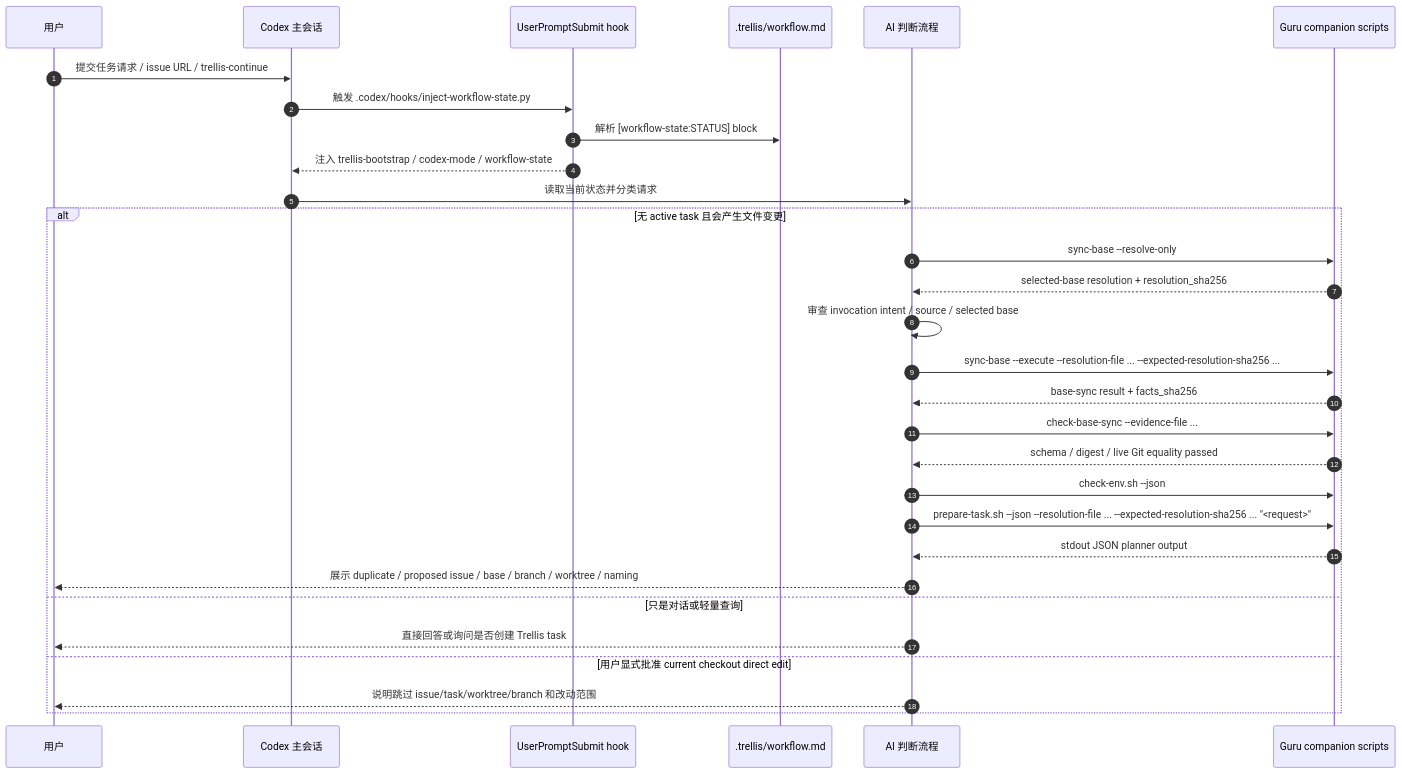
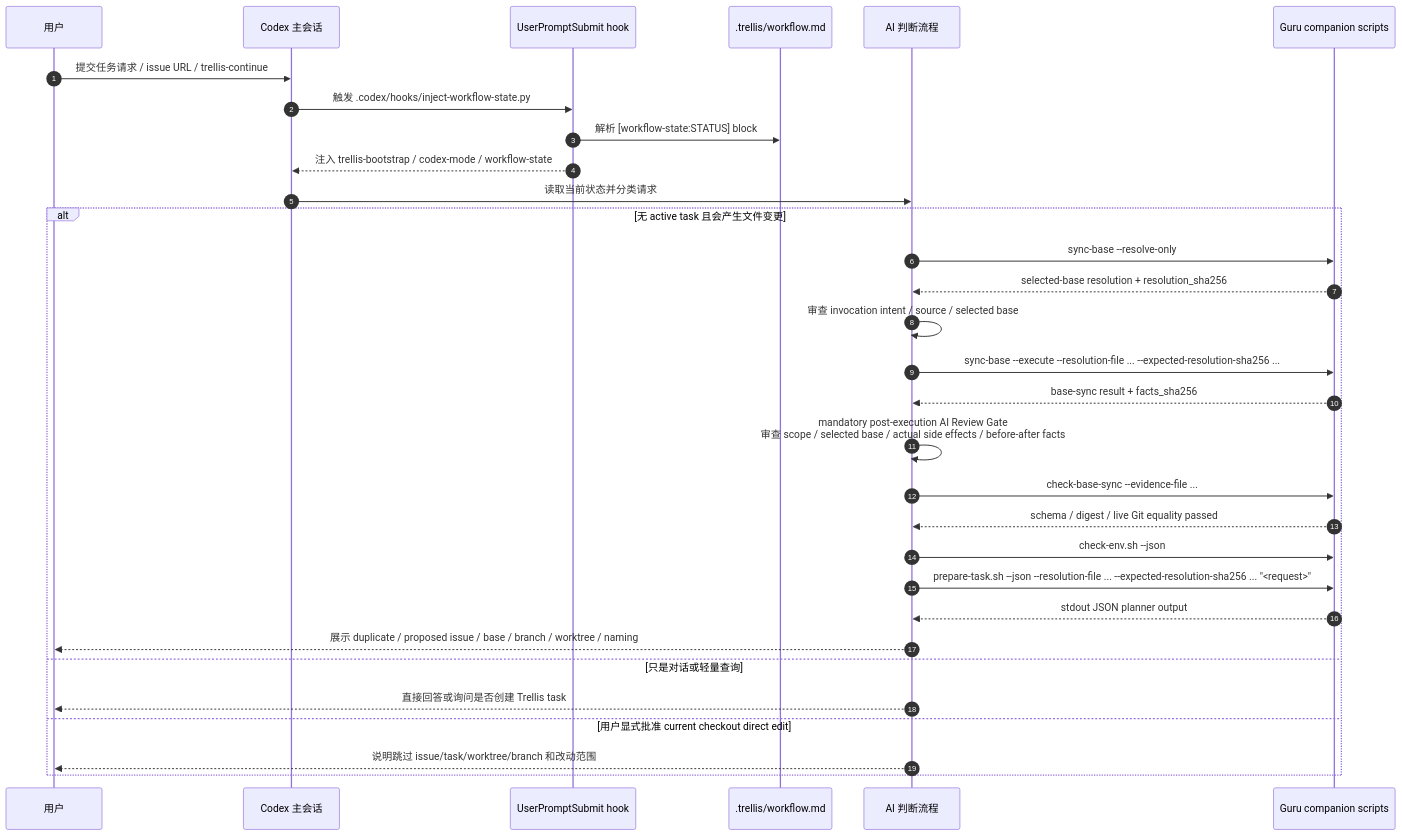
The third of 6 diagrams in docs/requirements/guru-team-trellis-flow.md (castbox/guru-trellis), drawn with Mermaid before and after one commit. The commit also changed other lines of this file and 27 other files, not shown here.

````diff
--- a/docs/requirements/guru-team-trellis-flow.md
+++ b/docs/requirements/guru-team-trellis-flow.md
@@ -128,33 +128,34 @@
 ```mermaid
 sequenceDiagram
   autonumber
   participant User as 用户
   participant Codex as Codex 主会话
   participant Hook as UserPromptSubmit hook
   participant Workflow as .trellis/workflow.md
   participant AI as AI 判断流程
   participant Script as Guru companion scripts
 
   User->>Codex: 提交任务请求 / issue URL / trellis-continue
   Codex->>Hook: 触发 .codex/hooks/inject-workflow-state.py
   Hook->>Workflow: 解析 [workflow-state:STATUS] block
   Hook-->>Codex: 注入 trellis-bootstrap / codex-mode / workflow-state
   Codex->>AI: 读取当前状态并分类请求
   alt 无 active task 且会产生文件变更
     AI->>Script: sync-base --resolve-only
     Script-->>AI: selected-base resolution + resolution_sha256
     AI->>AI: 审查 invocation intent / source / selected base
     AI->>Script: sync-base --execute --resolution-file ... --expected-resolution-sha256 ...
     Script-->>AI: base-sync result + facts_sha256
+    AI->>AI: mandatory post-execution AI Review Gate<br/>审查 scope / selected base / actual side effects / before-after facts
     AI->>Script: check-base-sync --evidence-file ...
     Script-->>AI: schema / digest / live Git equality passed
     AI->>Script: check-env.sh --json
     AI->>Script: prepare-task.sh --json --resolution-file ... --expected-resolution-sha256 ... "<request>"
     Script-->>AI: stdout JSON planner output
     AI-->>User: 展示 duplicate / proposed issue / base / branch / worktree / naming
   else 只是对话或轻量查询
     AI-->>User: 直接回答或询问是否创建 Trellis task
   else 用户显式批准 current checkout direct edit
     AI-->>User: 说明跳过 issue/task/worktree/branch 和改动范围
   end
 ```
````
